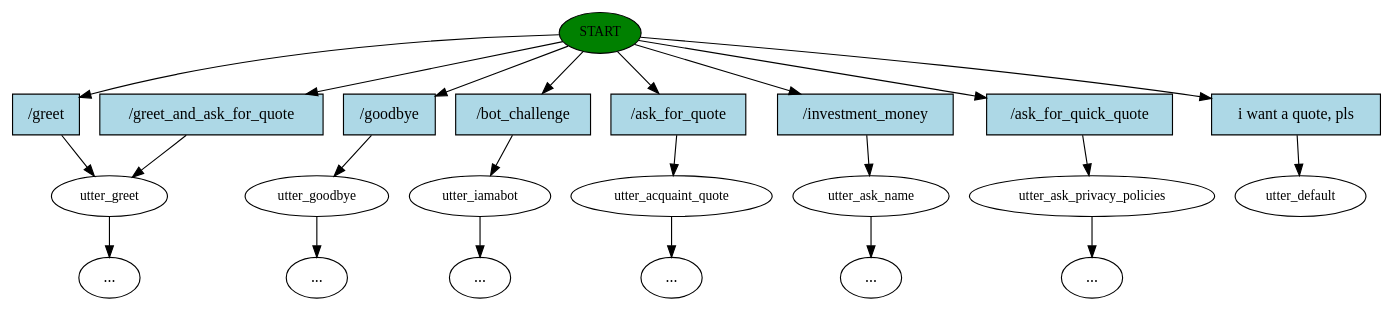
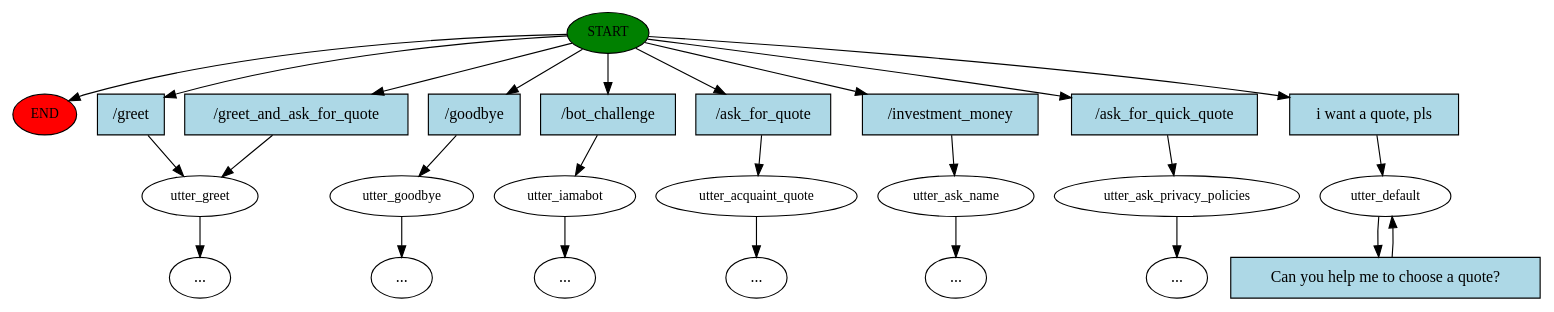
The diagram in story_graph.dot (miguel-kjh/Sylvia), drawn with Graphviz before and after one commit. The commit also changed 19 other files, not shown here.

```diff
--- a/story_graph.dot
+++ b/story_graph.dot
@@ -1,46 +1,51 @@
 digraph  {
 0 [class="start active", fillcolor=green, fontsize=12, label=START, style=filled];
+"-1" [class=end, fillcolor=red, fontsize=12, label=END, style=filled];
 1 [class="", fontsize=12, label=utter_greet];
 2 [class="", fontsize=12, label=utter_goodbye];
 "-4" [class=ellipsis, label="..."];
 3 [class="", fontsize=12, label=utter_iamabot];
 "-5" [class=ellipsis, label="..."];
 12 [class="", fontsize=12, label=utter_acquaint_quote];
 "-25" [class=ellipsis, label="..."];
 "-37" [class=ellipsis, label="..."];
 36 [class="", fontsize=12, label=utter_ask_name];
 "-46" [class=ellipsis, label="..."];
 45 [class="", fontsize=12, label=utter_ask_privacy_policies];
 "-55" [class=ellipsis, label="..."];
-54 [class="dashed active", fontsize=12, label=utter_default];
-55 [class=intent, fillcolor=lightblue, label="/greet", shape=rect, style=filled];
-56 [class=intent, fillcolor=lightblue, label="/greet_and_ask_for_quote", shape=rect, style=filled];
-57 [class=intent, fillcolor=lightblue, label="/goodbye", shape=rect, style=filled];
-58 [class=intent, fillcolor=lightblue, label="/bot_challenge", shape=rect, style=filled];
-59 [class=intent, fillcolor=lightblue, label="/ask_for_quote", shape=rect, style=filled];
-60 [class=intent, fillcolor=lightblue, label="/investment_money", shape=rect, style=filled];
-61 [class=intent, fillcolor=lightblue, label="/ask_for_quick_quote", shape=rect, style=filled];
-62 [class="intent active", fillcolor=lightblue, label="i want a quote, pls", shape=rect, style=filled];
-0 -> 55  [class="", key=0];
+54 [class="active dashed", fontsize=12, label=utter_default];
+56 [class=intent, fillcolor=lightblue, label="/greet", shape=rect, style=filled];
+57 [class=intent, fillcolor=lightblue, label="/greet_and_ask_for_quote", shape=rect, style=filled];
+58 [class=intent, fillcolor=lightblue, label="/goodbye", shape=rect, style=filled];
+59 [class=intent, fillcolor=lightblue, label="/bot_challenge", shape=rect, style=filled];
+60 [class=intent, fillcolor=lightblue, label="/ask_for_quote", shape=rect, style=filled];
+61 [class=intent, fillcolor=lightblue, label="/investment_money", shape=rect, style=filled];
+62 [class=intent, fillcolor=lightblue, label="/ask_for_quick_quote", shape=rect, style=filled];
+63 [class="intent active", fillcolor=lightblue, label="i want a quote, pls", shape=rect, style=filled];
+64 [class="intent active", fillcolor=lightblue, label="Can you help me to choose a quote?", shape=rect, style=filled];
+0 -> "-1"  [class="", key=NONE, label=""];
 0 -> 56  [class="", key=0];
 0 -> 57  [class="", key=0];
 0 -> 58  [class="", key=0];
 0 -> 59  [class="", key=0];
 0 -> 60  [class="", key=0];
 0 -> 61  [class="", key=0];
-0 -> 62  [class=active, key=0];
+0 -> 62  [class="", key=0];
+0 -> 63  [class=active, key=0];
 1 -> "-25"  [class="", key=NONE, label=""];
 2 -> "-4"  [class="", key=NONE, label=""];
 3 -> "-5"  [class="", key=NONE, label=""];
 12 -> "-37"  [class="", key=NONE, label=""];
 36 -> "-46"  [class="", key=NONE, label=""];
 45 -> "-55"  [class="", key=NONE, label=""];
-55 -> 1  [class="", key=0];
+54 -> 64  [class=active, key=0];
 56 -> 1  [class="", key=0];
-57 -> 2  [class="", key=0];
-58 -> 3  [class="", key=0];
-59 -> 12  [class="", key=0];
-60 -> 36  [class="", key=0];
-61 -> 45  [class="", key=0];
-62 -> 54  [class=active, key=0];
+57 -> 1  [class="", key=0];
+58 -> 2  [class="", key=0];
+59 -> 3  [class="", key=0];
+60 -> 12  [class="", key=0];
+61 -> 36  [class="", key=0];
+62 -> 45  [class="", key=0];
+63 -> 54  [class=active, key=0];
+64 -> 54  [class=active, key=0];
 }
```
